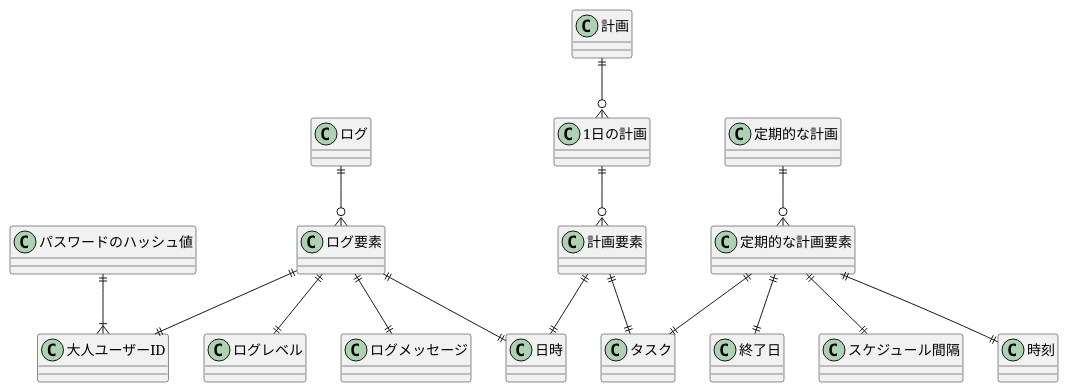
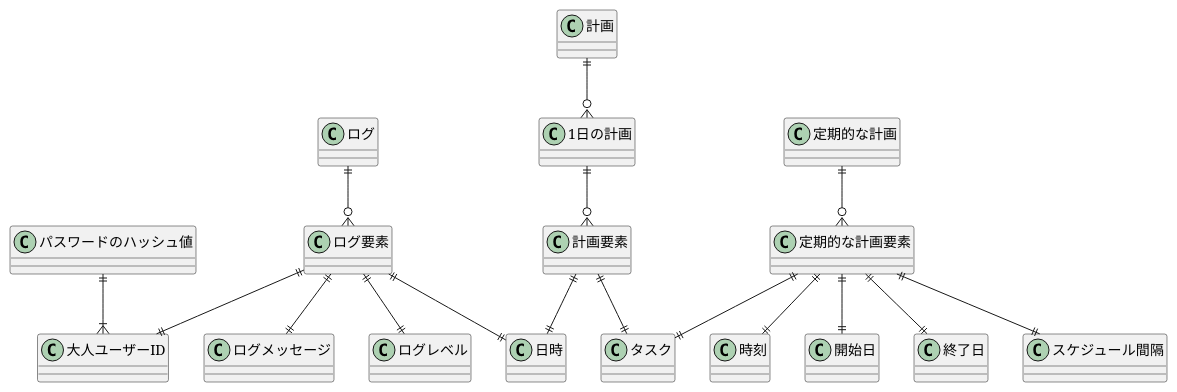
The diagram in docs/er.puml (kusa-mochi/kids-home-base), drawn with PlantUML before and after one commit. The commit also changed 1 other file, not shown here.

Commit message:
ER図を修正

```diff
--- a/docs/er.puml
+++ b/docs/er.puml
@@ -1,18 +1,19 @@
 @startuml erd
 計画 ||--o{ 1日の計画
 1日の計画 ||--o{ 計画要素
 計画要素 ||--|| 日時
 計画要素 ||--|| タスク
 定期的な計画 ||--o{ 定期的な計画要素
 定期的な計画要素 ||--|| スケジュール間隔
 定期的な計画要素 ||--|| 時刻
+定期的な計画要素 ||--|| 開始日
 定期的な計画要素 ||--|| 終了日
 定期的な計画要素 ||--|| タスク
 パスワードのハッシュ値 ||--|{ 大人ユーザーID
 ログ ||--o{ ログ要素
 ログ要素 ||--|| 日時
 ログ要素 ||--|| ログレベル
 ログ要素 ||--|| ログメッセージ
 ログ要素 ||--|| 大人ユーザーID
 
 @enduml
```
